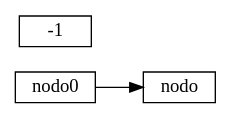
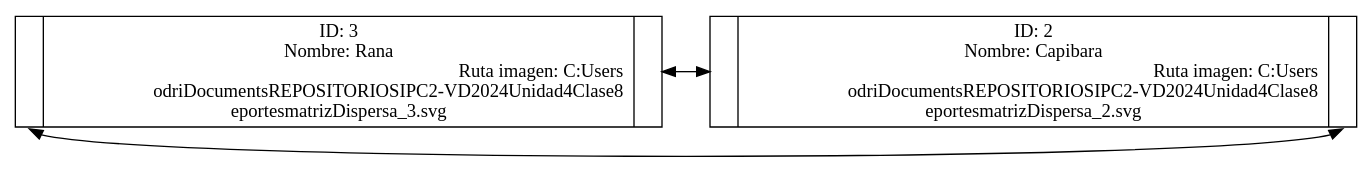
One commit to rodrialeh01/IPC2-VD2024 changed the diagram in Unidad4/Clase8/reportesdot/listaDobleCircular.dot. Above: the diagram before and after it, drawn with Graphviz. The commit also changed 38 other files, not shown here.

```diff
--- a/Unidad4/Clase8/reportesdot/listaDobleCircular.dot
+++ b/Unidad4/Clase8/reportesdot/listaDobleCircular.dot
@@ -1,5 +1,8 @@
 digraph G {
     rankdir=LR;
     node[shape=record, height=.1]
-    nodo0:f1 -> nodo-1:f2 [dir=both constraint=false];
+    nodo0[label="{<f1>|ID: 3\nNombre: Rana\nRuta imagen: C:\Users\rodri\Documents\REPOSITORIOS\IPC2-VD2024\Unidad4\Clase8\reportes\matrizDispersa_3.svg\n|<f2>}"];
+nodo1[label="{<f1>|ID: 2\nNombre: Capibara\nRuta imagen: C:\Users\rodri\Documents\REPOSITORIOS\IPC2-VD2024\Unidad4\Clase8\reportes\matrizDispersa_2.svg\n|<f2>}"];
+nodo0:f2 -> nodo1:f1[dir=both];
+nodo0:f1 -> nodo1:f2 [dir=both constraint=false];
 }
```
